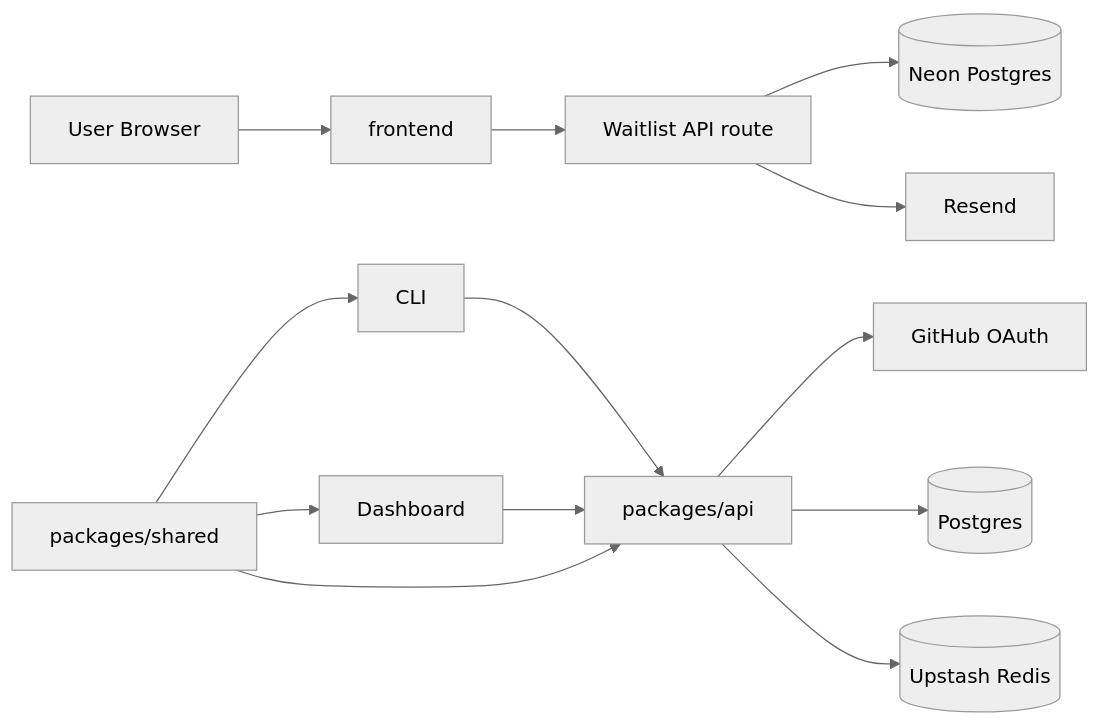
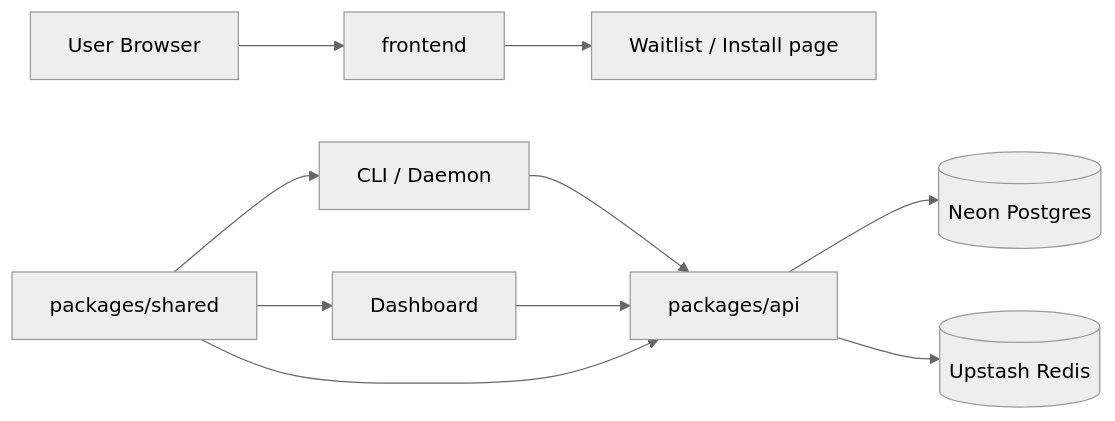
The first of 2 diagrams in gitbook-docs/architecture/overview.md (distroinfinity/devdrip), drawn with Mermaid (neutral theme) before and after one commit. The commit also changed other lines of this file and 49 other files, not shown here.

First line of the commit message:
M8: landing page + install vector

````diff
--- a/gitbook-docs/architecture/overview.md
+++ b/gitbook-docs/architecture/overview.md
@@ -7,18 +7,15 @@
 ```mermaid
 flowchart LR
   U[User Browser] --> F[frontend]
-  F --> W[Waitlist API route]
-  W --> N[(Neon Postgres)]
-  W --> R1[Resend]
+  F --> W[Waitlist / Install page]
 
-  C[CLI] --> A[packages/api]
+  C[CLI / Daemon] --> A[packages/api]
   D[Dashboard] --> A
 
-  A --> G[GitHub OAuth]
-  A --> P[(Postgres)]
-  A --> R2[(Upstash Redis)]
+  A --> P[(Neon Postgres)]
+  A --> R[(Upstash Redis)]
 
   S[packages/shared] --> A
   S --> C
   S --> D
 ```
````
